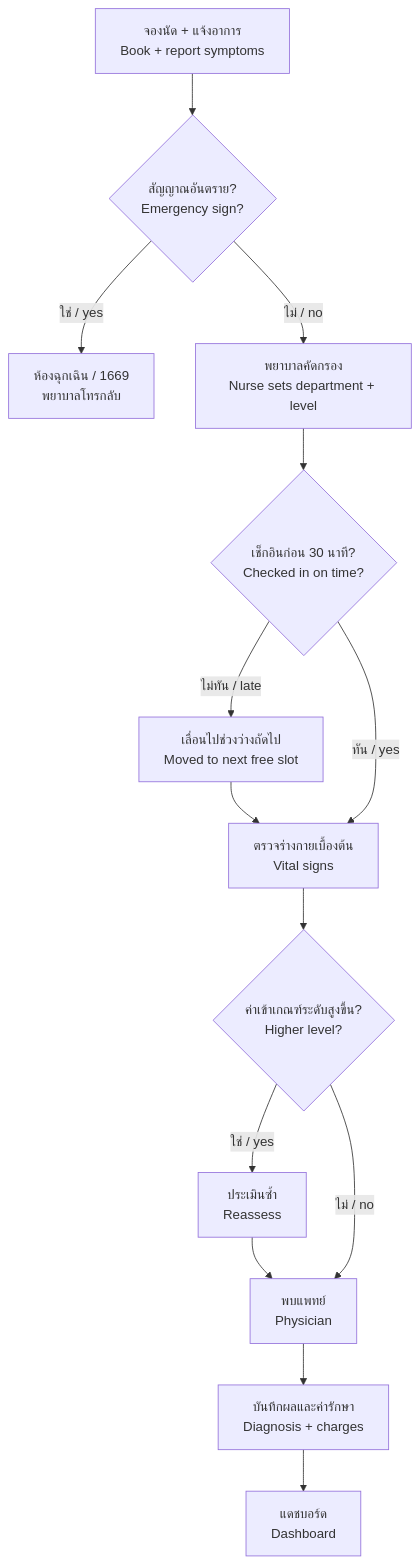
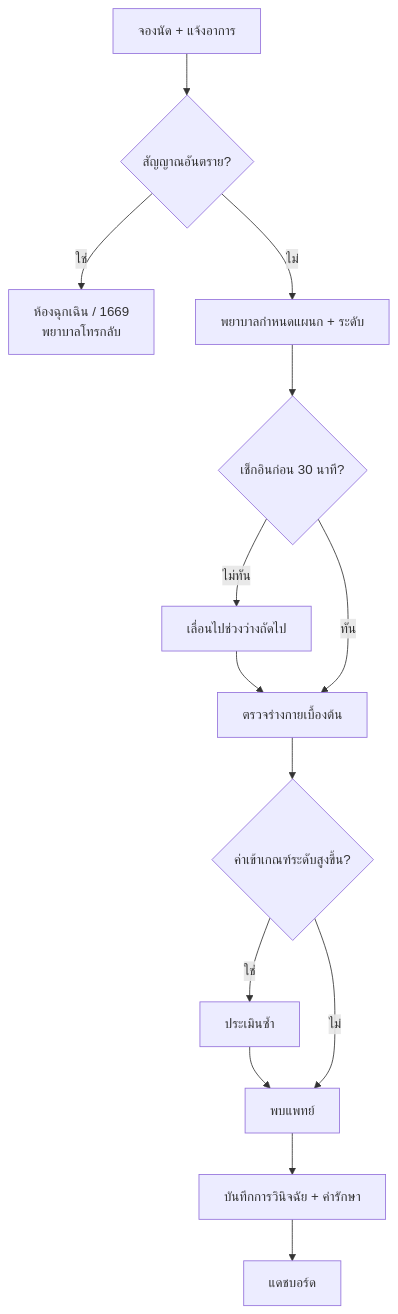
One commit to piyawanthaproject/quedoctor changed the second of 3 diagrams in README.md. Above: the diagram before and after it, drawn with Mermaid. The commit also changed other lines of this file and 8 other files, not shown here.

````diff
--- a/README.md
+++ b/README.md
@@ -112,13 +119,13 @@
 ```mermaid
 flowchart TD
-  B[จองนัด + แจ้งอาการ<br/>Book + report symptoms] --> RF{สัญญาณอันตราย?<br/>Emergency sign?}
-  RF -- ใช่ / yes --> ER[ห้องฉุกเฉิน / 1669<br/>พยาบาลโทรกลับ]
-  RF -- ไม่ / no --> T[พยาบาลคัดกรอง<br/>Nurse sets department + level]
-  T --> C{เช็กอินก่อน 30 นาที?<br/>Checked in on time?}
-  C -- ไม่ทัน / late --> S[เลื่อนไปช่วงว่างถัดไป<br/>Moved to next free slot] --> V2
-  C -- ทัน / yes --> V2[ตรวจร่างกายเบื้องต้น<br/>Vital signs]
-  V2 --> R{ค่าเข้าเกณฑ์ระดับสูงขึ้น?<br/>Higher level?}
-  R -- ใช่ / yes --> T2[ประเมินซ้ำ<br/>Reassess] --> DR
-  R -- ไม่ / no --> DR[พบแพทย์<br/>Physician]
-  DR --> DONE[บันทึกผลและค่ารักษา<br/>Diagnosis + charges] --> DASH[แดชบอร์ด<br/>Dashboard]
+  B["จองนัด + แจ้งอาการ"] --> RF{"สัญญาณอันตราย?"}
+  RF -- "ใช่" --> ER["ห้องฉุกเฉิน / 1669<br/>พยาบาลโทรกลับ"]
+  RF -- "ไม่" --> T["พยาบาลกำหนดแผนก + ระดับ"]
+  T --> C{"เช็กอินก่อน 30 นาที?"}
+  C -- "ไม่ทัน" --> S["เลื่อนไปช่วงว่างถัดไป"] --> VS
+  C -- "ทัน" --> VS["ตรวจร่างกายเบื้องต้น"]
+  VS --> R{"ค่าเข้าเกณฑ์ระดับสูงขึ้น?"}
+  R -- "ใช่" --> RT["ประเมินซ้ำ"] --> DR
+  R -- "ไม่" --> DR["พบแพทย์"]
+  DR --> DONE["บันทึกการวินิจฉัย + ค่ารักษา"] --> DASH["แดชบอร์ด"]
 ```
````
